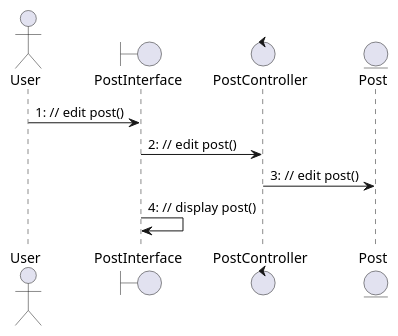
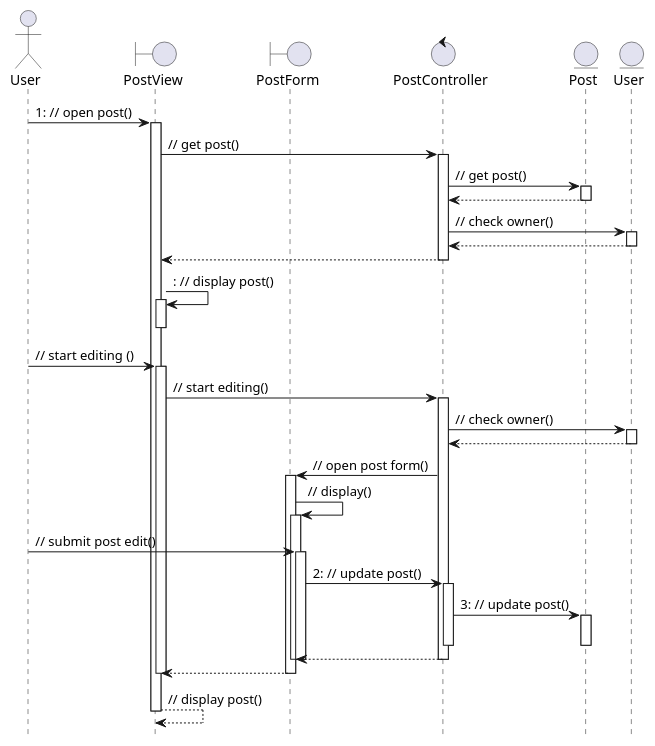
Before and after one commit to Huy-Ngo/reddit-design: the diagram in uc_seq_view_edit.puml, drawn with PlantUML. The commit also changed 8 other files, not shown here.

Commit message:
Update UML diagrams

```diff
--- a/uc_seq_view_edit.puml
+++ b/uc_seq_view_edit.puml
@@ -1,13 +1,45 @@
 @startuml
 
+hide footbox
+autoactivate on
+
 actor User as user
-boundary PostInterface as post_int
+boundary PostView as post_view
+boundary PostForm as post_form
 control PostController as post_ctl
 entity Post as post_ent
+entity User as user_ent
 
-user -> post_int : 1: // edit post()
-post_int -> post_ctl : 2: // edit post()
-post_ctl -> post_ent : 3: // edit post()
-post_int -> post_int : 4: // display post()
+'View post
+user -> post_view : 1: // open post()
+post_view -> post_ctl : // get post()
+post_ctl -> post_ent : // get post()
+post_ctl <-- post_ent
+post_ctl -> user_ent : // check owner()
+post_ctl <-- user_ent
+post_view <-- post_ctl
+post_view -> post_view : : // display post()
+
+'Edit post
+deactivate post_view
+user -> post_view : // start editing ()
+post_view -> post_ctl : // start editing()
+post_ctl -> user_ent : // check owner()
+post_ctl <-- user_ent
+post_ctl -> post_form : // open post form()
+post_form -> post_form : // display()
+user -> post_form : // submit post edit()
+post_form -> post_ctl : 2: // update post()
+post_ctl -> post_ent : 3: // update post()
+deactivate post_ent
+deactivate post_ctl
+post_form <-- post_ctl
+deactivate post_form
+deactivate post_form
+post_view <-- post_form
+deactivate post_view
+
+post_view --> post_view : // display post()
+
 
 @enduml
```
